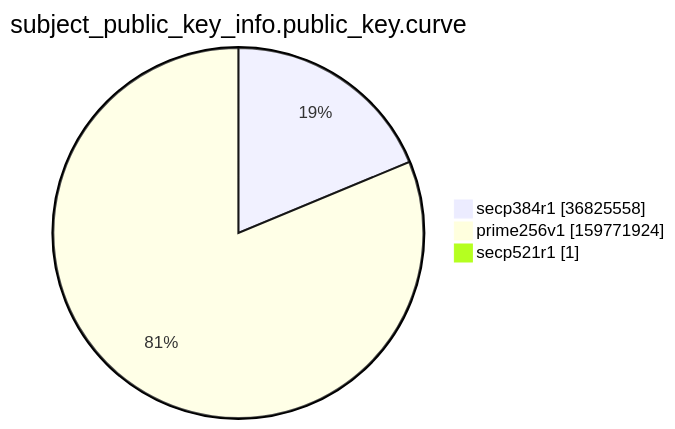
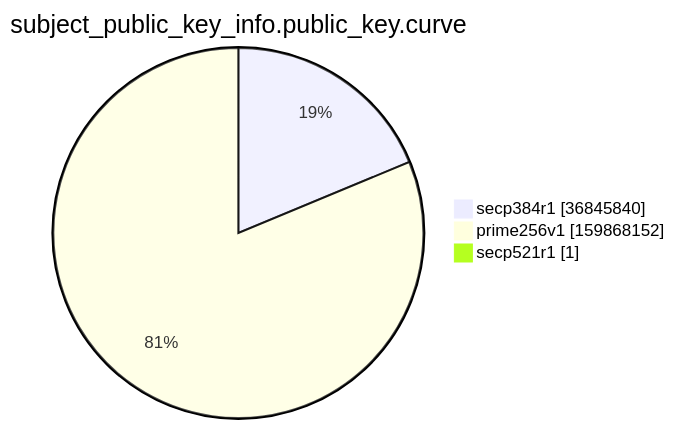
Before and after one commit to christiankrug/ctmonitor_visualization: the ninth of 15 diagrams in argon2022/README.md, drawn with Mermaid. The commit also changed other lines of this file, not shown here.

````diff
--- a/argon2022/README.md
+++ b/argon2022/README.md
@@ -2766,7 +2766,7 @@
 ```mermaid
 pie showData
 title subject_public_key_info.public_key.curve
-"secp384r1" :36825558
-"prime256v1" :159771924
+"secp384r1" :36845840
+"prime256v1" :159868152
 "secp521r1" :1
 ```
````
